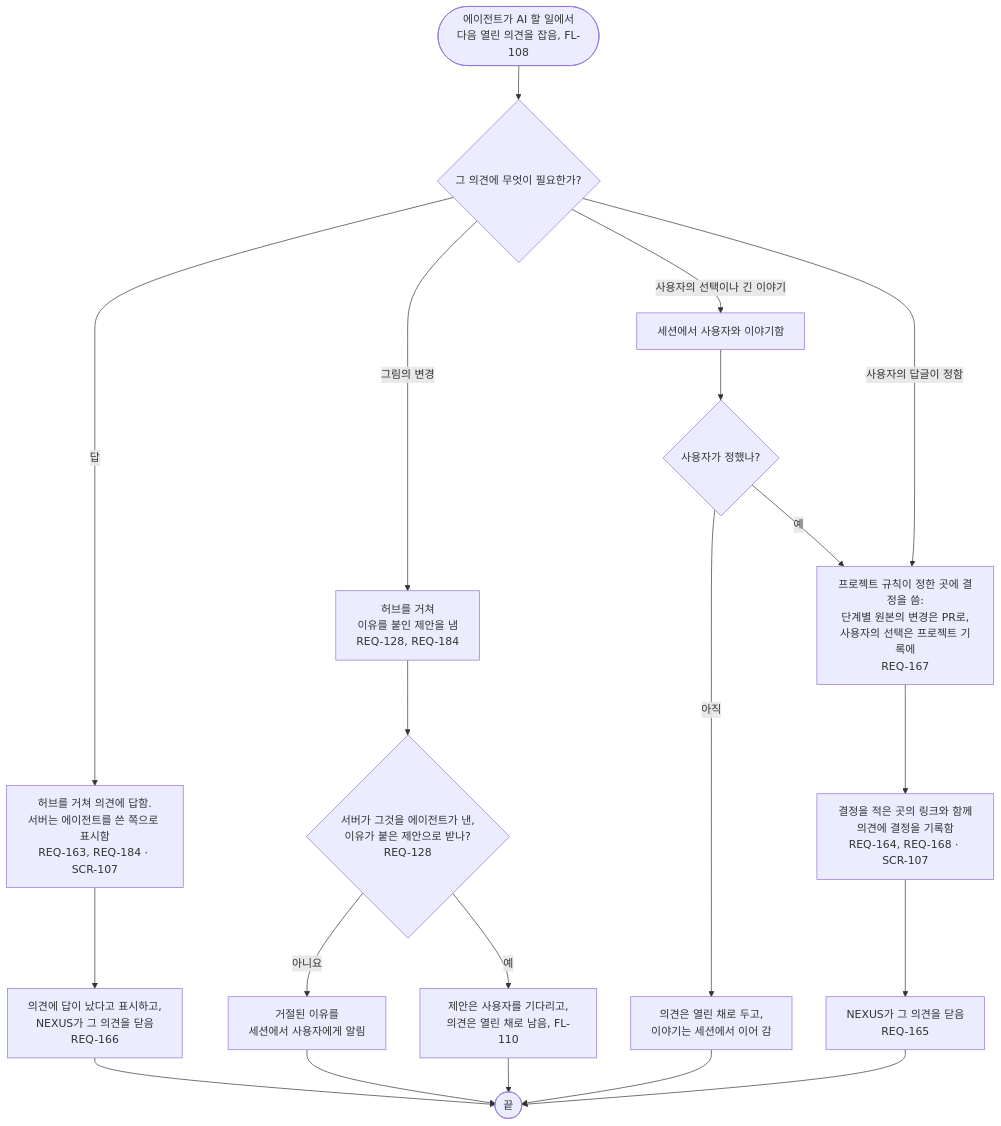
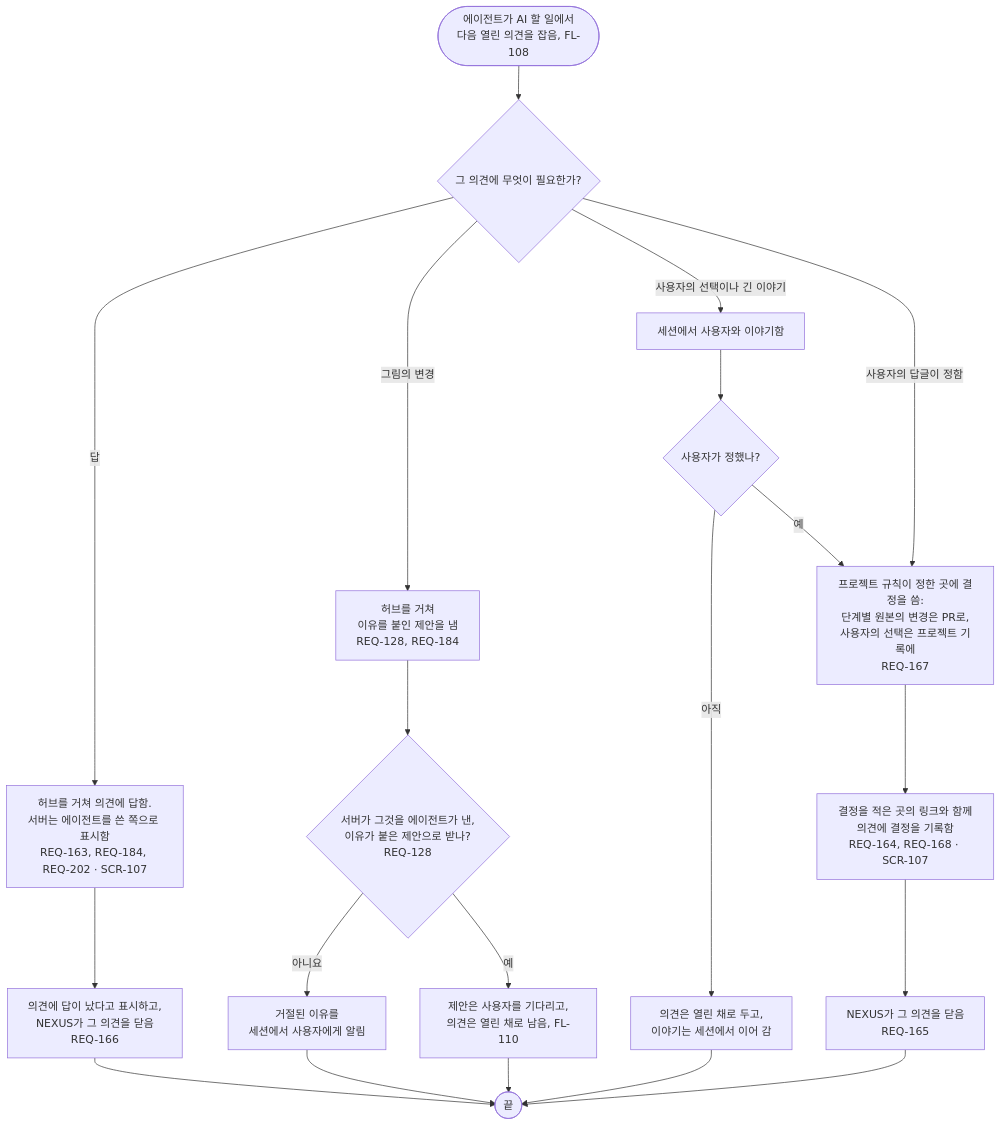
The diagram in docs/03-user-flow/nexus/FL-109-answer-a-comment.ko.md (kodonghui/corthex-nexus), drawn with Mermaid before and after one commit. The commit also changed other lines of this file and 33 other files, not shown here.

````diff
--- a/docs/03-user-flow/nexus/FL-109-answer-a-comment.ko.md
+++ b/docs/03-user-flow/nexus/FL-109-answer-a-comment.ko.md
@@ -9,22 +9,22 @@
 ```mermaid
 flowchart TD
   A(["에이전트가 AI 할 일에서<br/>다음 열린 의견을 잡음, FL-108"]) --> B{"그 의견에 무엇이 필요한가?"}
-  B -->|답| C["허브를 거쳐 의견에 답함.<br/>서버는 에이전트를 쓴 쪽으로 표시함<br/>REQ-163, REQ-184 · SCR-107"]
+  B -->|답| C["허브를 거쳐 의견에 답함.<br/>서버는 에이전트를 쓴 쪽으로 표시함<br/>REQ-163, REQ-184, REQ-202 · SCR-107"]
   C --> C1["의견에 답이 났다고 표시하고,<br/>NEXUS가 그 의견을 닫음<br/>REQ-166"]
   C1 --> Z(["끝"])
   B -->|그림의 변경| D["허브를 거쳐<br/>이유를 붙인 제안을 냄<br/>REQ-128, REQ-184"]
   D --> D1{"서버가 그것을 에이전트가 낸,<br/>이유가 붙은 제안으로 받나?<br/>REQ-128"}
   D1 -->|아니요| D2["거절된 이유를<br/>세션에서 사용자에게 알림"]
   D2 --> Z
   D1 -->|예| D3["제안은 사용자를 기다리고,<br/>의견은 열린 채로 남음, FL-110"]
   D3 --> Z
   B -->|사용자의 선택이나 긴 이야기| E["세션에서 사용자와 이야기함"]
   E --> F{"사용자가 정했나?"}
   F -->|아직| F1["의견은 열린 채로 두고,<br/>이야기는 세션에서 이어 감"]
   F1 --> Z
   B -->|사용자의 답글이 정함| G
   F -->|예| G["프로젝트 규칙이 정한 곳에 결정을 씀:<br/>단계별 원본의 변경은 PR로,<br/>사용자의 선택은 프로젝트 기록에<br/>REQ-167"]
   G --> H["결정을 적은 곳의 링크와 함께<br/>의견에 결정을 기록함<br/>REQ-164, REQ-168 · SCR-107"]
   H --> I["NEXUS가 그 의견을 닫음<br/>REQ-165"]
   I --> Z
 ```
````
